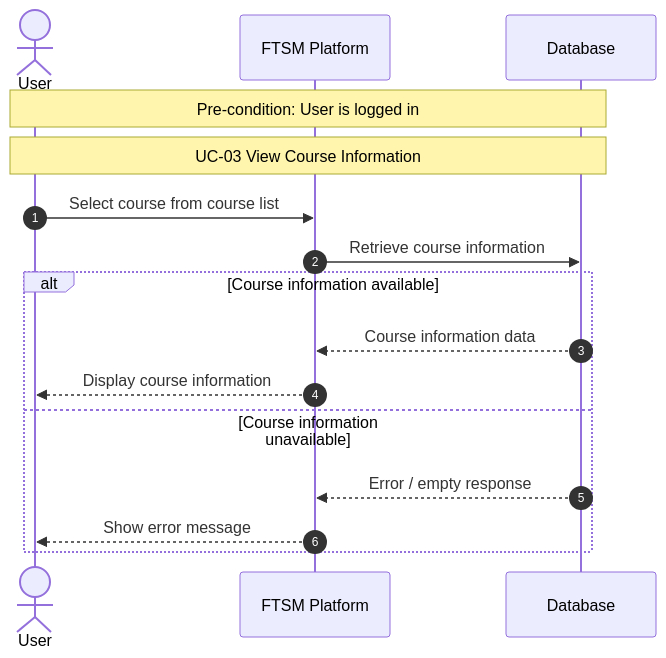
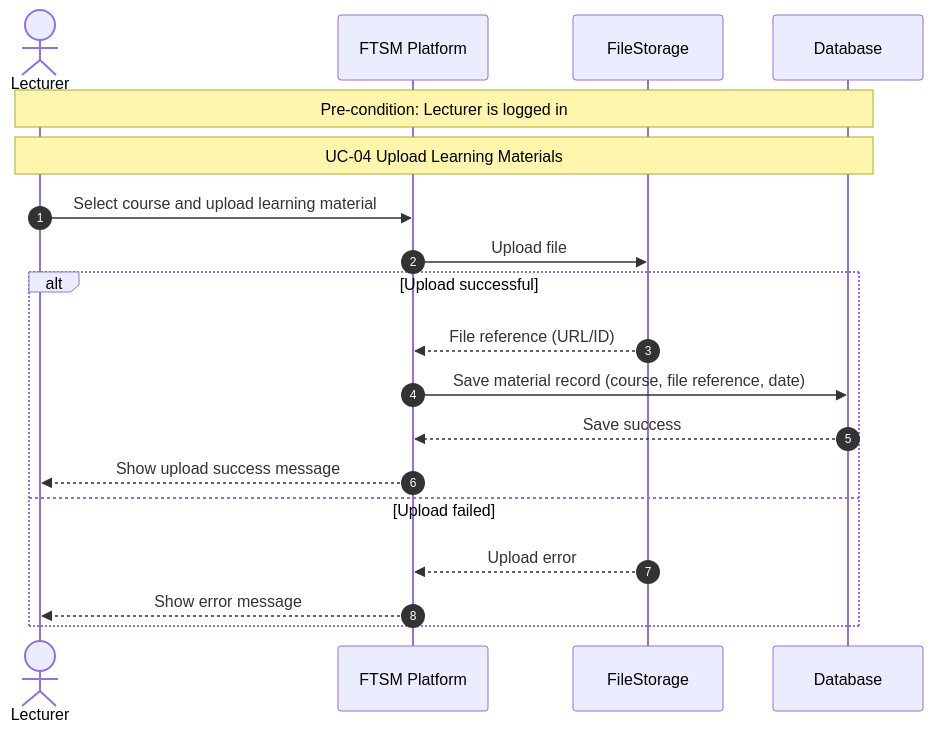
One commit to Lifantastic-O/iodraw-files changed the diagram in all/未命名-1.md. Above: the diagram before and after it, drawn with Mermaid.

Commit message:
2025-12-18 17:35:00 update

````diff
--- a/all/未命名-1.md
+++ b/all/未命名-1.md
@@ -1,22 +1,25 @@
 ```mermaid
 sequenceDiagram
 autonumber
-actor User
+actor Lecturer
 participant System as FTSM Platform
+participant Storage as FileStorage
 participant DB as Database
 
-Note over User,DB: Pre-condition: User is logged in
-Note over User,DB: UC-03 View Course Information
+Note over Lecturer,DB: Pre-condition: Lecturer is logged in
+Note over Lecturer,DB: UC-04 Upload Learning Materials
 
-User->>System: Select course from course list
-System->>DB: Retrieve course information
+Lecturer->>System: Select course and upload learning material
+System->>Storage: Upload file
 
-alt Course information available
-DB-->>System: Course information data
-System-->>User: Display course information
-else Course information unavailable
-DB-->>System: Error / empty response
-System-->>User: Show error message
+alt Upload successful
+Storage-->>System: File reference (URL/ID)
+System->>DB: Save material record (course, file reference, date)
+DB-->>System: Save success
+System-->>Lecturer: Show upload success message
+else Upload failed
+Storage-->>System: Upload error
+System-->>Lecturer: Show error message
 end
 
 ```
````
